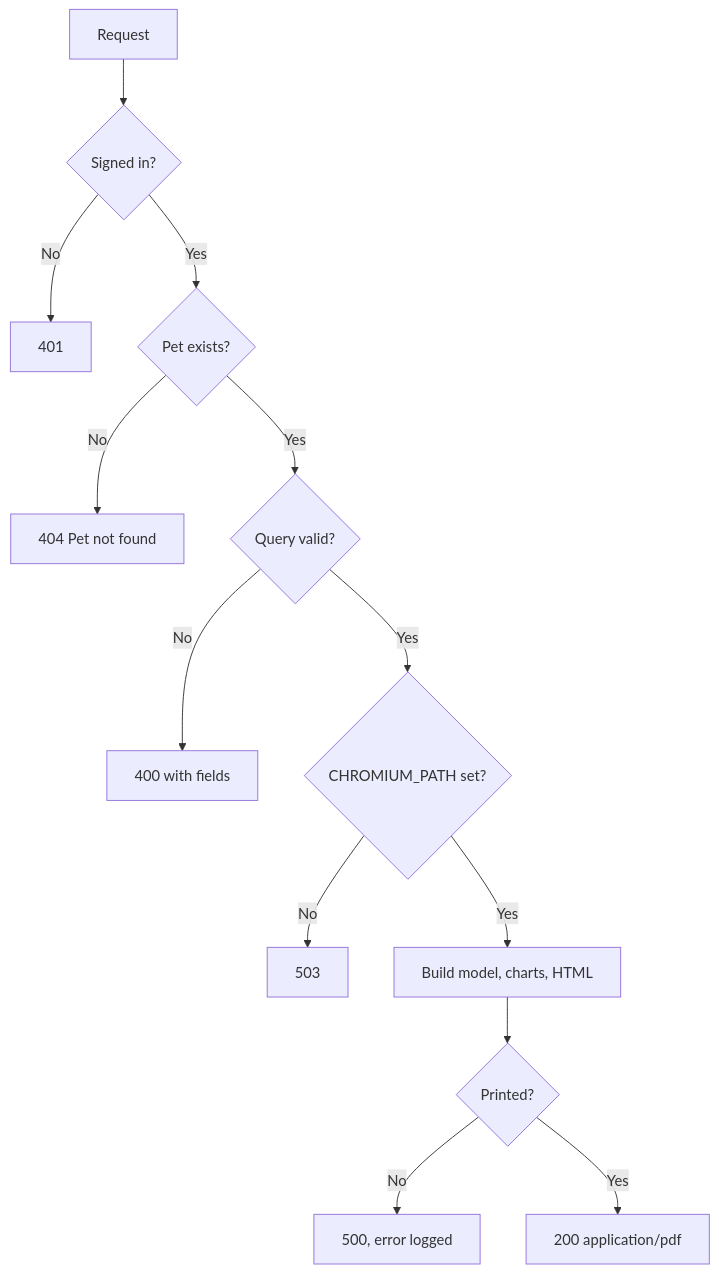
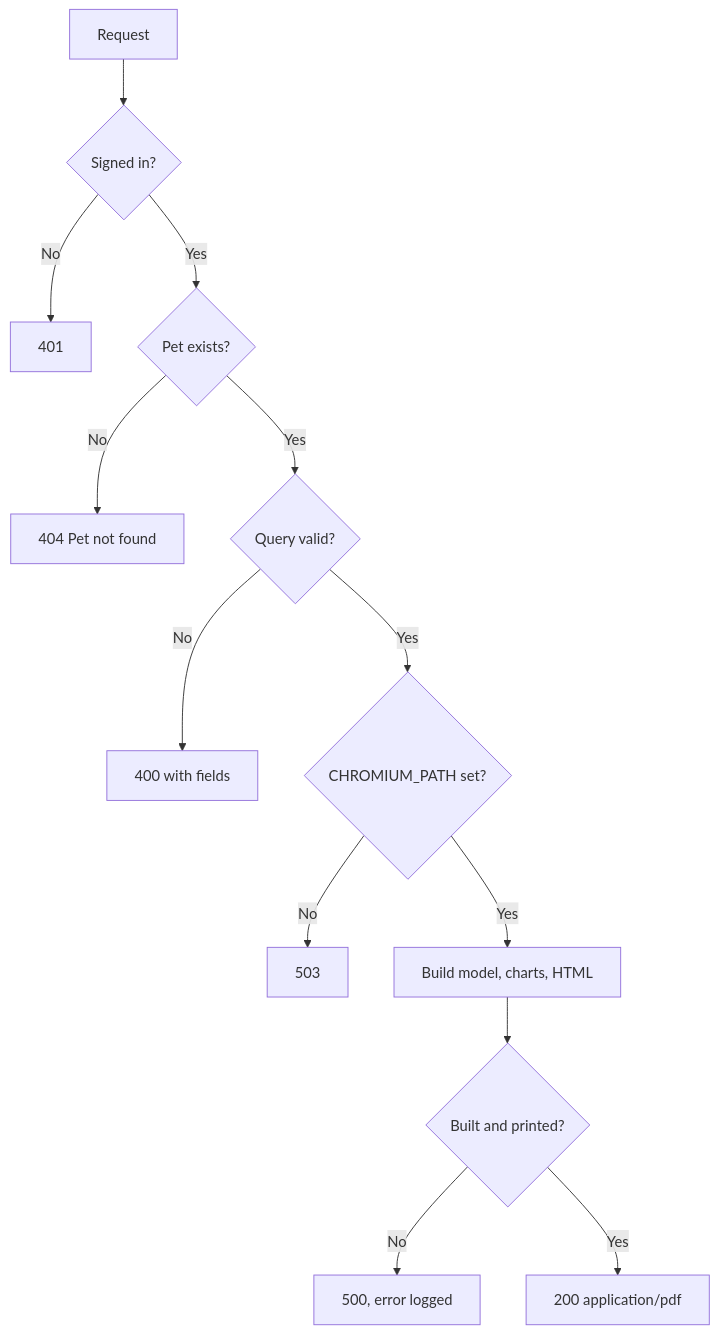
The second of 2 diagrams in docs/specs/pdf-health-reports/spec.md (dpippenger/whiskerfile), drawn with Mermaid before and after one commit. The commit also changed other lines of this file and 3 other files, not shown here.

````diff
--- a/docs/specs/pdf-health-reports/spec.md
+++ b/docs/specs/pdf-health-reports/spec.md
@@ -201,15 +201,15 @@
 ```mermaid
 flowchart TD
     A["Request"] --> B{"Signed in?"}
     B -->|No| E401["401"]
     B -->|Yes| C{"Pet exists?"}
     C -->|No| E404["404 Pet not found"]
     C -->|Yes| D{"Query valid?"}
     D -->|No| E400["400 with fields"]
     D -->|Yes| F{"CHROMIUM_PATH set?"}
     F -->|No| E503["503"]
     F -->|Yes| G["Build model, charts, HTML"]
-    G --> H{"Printed?"}
+    G --> H{"Built and printed?"}
     H -->|No| E500["500, error logged"]
     H -->|Yes| OK["200 application/pdf"]
 ```
````
